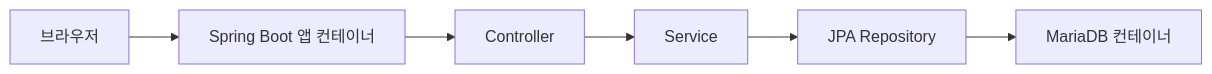
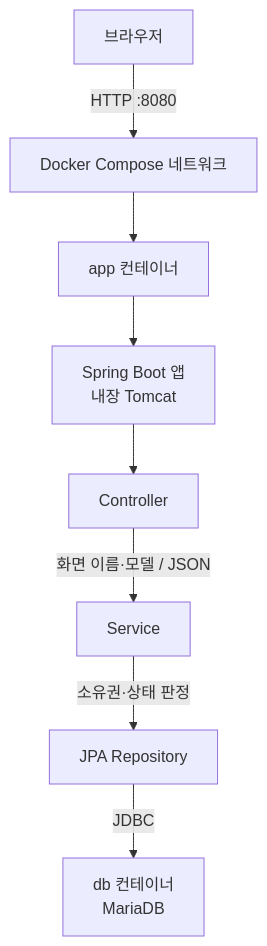
Before and after one commit to 021Skyfall/novelkeep: the diagram in README.md, drawn with Mermaid. The commit also changed other lines of this file, not shown here.

````diff
--- a/README.md
+++ b/README.md
@@ -319,8 +327,19 @@
 ```mermaid
-flowchart LR
-    U["브라우저"] --> A["Spring Boot 앱 컨테이너"]
-    A --> C["Controller"]
-    C --> S["Service"]
-    S --> R["JPA Repository"]
-    R --> D["MariaDB 컨테이너"]
+flowchart TB
+    B["브라우저"]
+    D["Docker Compose 네트워크"]
+    APP["app 컨테이너"]
+    SB["Spring Boot 앱<br/>내장 Tomcat"]
+    C["Controller"]
+    S["Service"]
+    R["JPA Repository"]
+    DB["db 컨테이너<br/>MariaDB"]
+
+    B -->|"HTTP :8080"| D
+    D --> APP
+    APP --> SB
+    SB --> C
+    C -->|"화면 이름·모델 / JSON"| S
+    S -->|"소유권·상태 판정"| R
+    R -->|"JDBC"| DB
 ```
````
